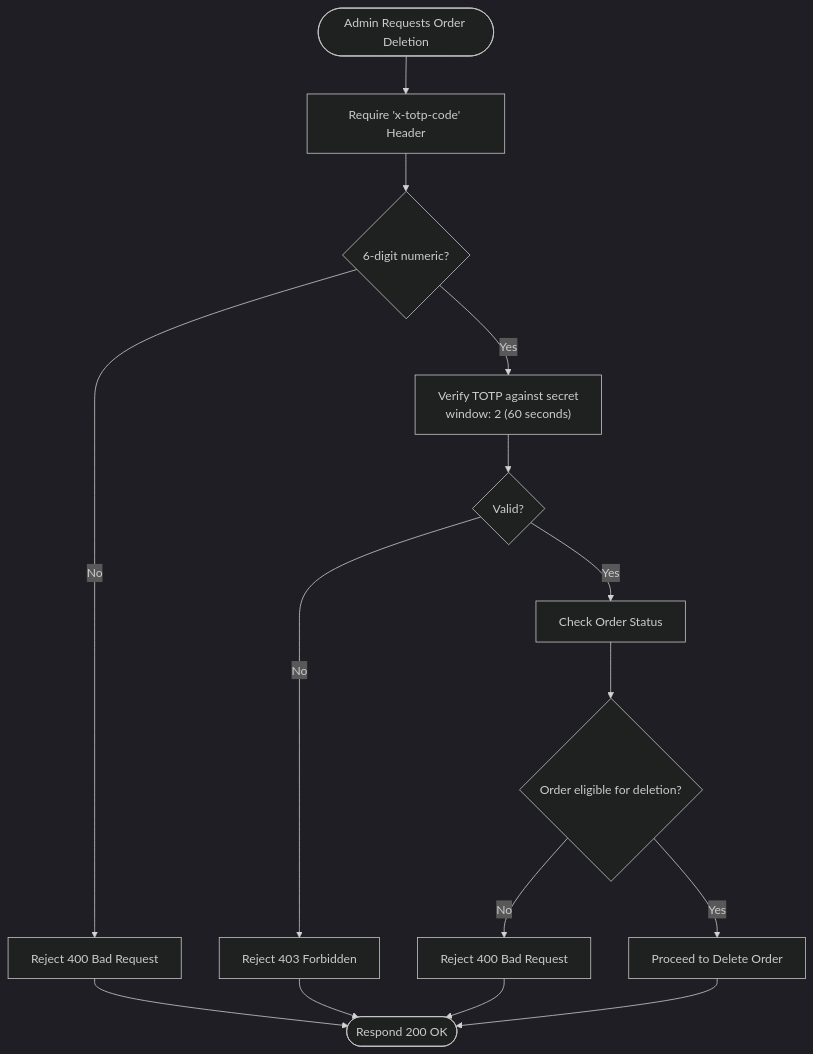
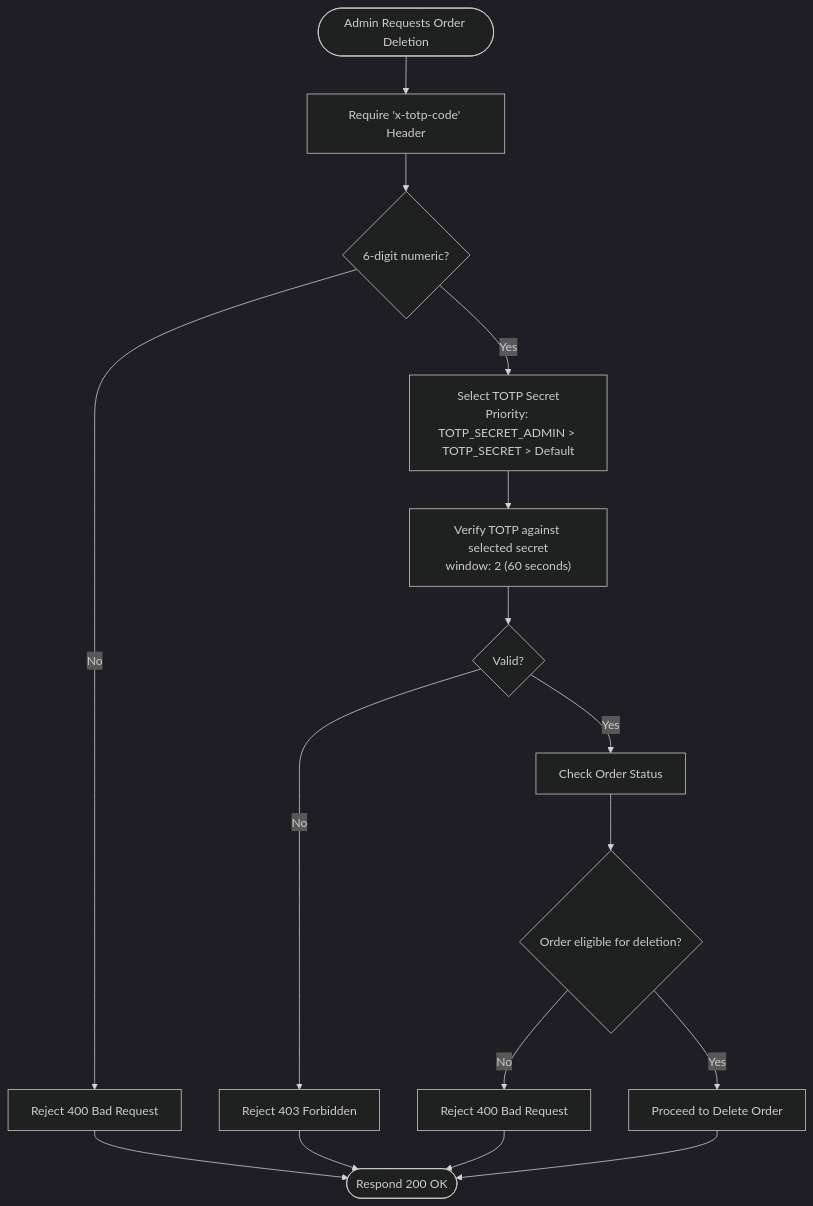
The fourth of 9 diagrams in .qoder/repowiki/en/content/Security Implementation.md (SirD33k/activezone), drawn with Mermaid (dark theme) before and after one commit. The commit also changed other lines of this file and 4 other files, not shown here.

````diff
--- a/.qoder/repowiki/en/content/Security Implementation.md
+++ b/.qoder/repowiki/en/content/Security Implementation.md
@@ -170,17 +173,18 @@
 ```mermaid
 flowchart TD
 Start(["Admin Requests Order Deletion"]) --> RequireHeader["Require 'x-totp-code' Header"]
 RequireHeader --> ValidateFormat{"6-digit numeric?"}
 ValidateFormat --> |No| Reject["Reject 400 Bad Request"]
-ValidateFormat --> |Yes| VerifyTOTP["Verify TOTP against secret<br/>window: 2 (60 seconds)"]
+ValidateFormat --> |Yes| SelectSecret["Select TOTP Secret<br/>Priority: TOTP_SECRET_ADMIN > TOTP_SECRET > Default"]
+SelectSecret --> VerifyTOTP["Verify TOTP against selected secret<br/>window: 2 (60 seconds)"]
 VerifyTOTP --> Valid{"Valid?"}
 Valid --> |No| Deny["Reject 403 Forbidden"]
 Valid --> |Yes| CheckOrder["Check Order Status"]
 CheckOrder --> OrderAllowed{"Order eligible for deletion?"}
 OrderAllowed --> |No| Block["Reject 400 Bad Request"]
 OrderAllowed --> |Yes| Proceed["Proceed to Delete Order"]
 Proceed --> End(["Respond 200 OK"])
 Reject --> End
 Deny --> End
 Block --> End
 ```
````
